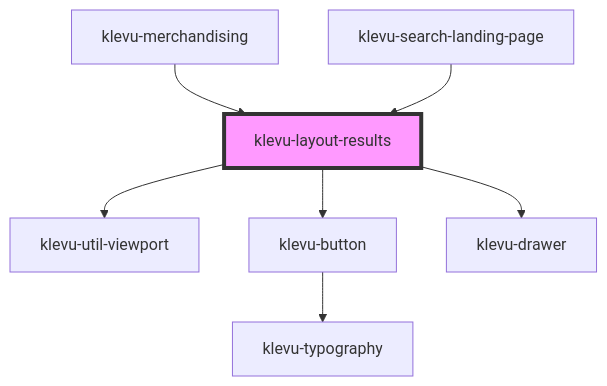
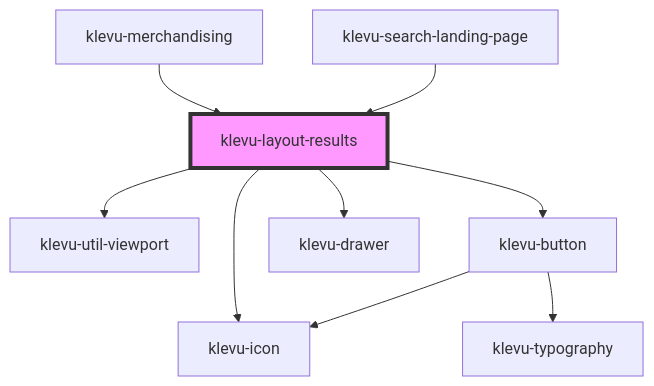
Before and after one commit to klevultd/frontend-sdk: the diagram in packages/klevu-ui/src/components/klevu-layout-results/readme.md, drawn with Mermaid. The commit also changed other lines of this file and 80 other files, not shown here.

Commit message:
Create a klevu-icon component

````diff
--- a/packages/klevu-ui/src/components/klevu-layout-results/readme.md
+++ b/packages/klevu-ui/src/components/klevu-layout-results/readme.md
@@ -56,10 +50,12 @@
 ```mermaid
 graph TD;
   klevu-layout-results --> klevu-util-viewport
   klevu-layout-results --> klevu-button
+  klevu-layout-results --> klevu-icon
   klevu-layout-results --> klevu-drawer
+  klevu-button --> klevu-icon
   klevu-button --> klevu-typography
   klevu-merchandising --> klevu-layout-results
   klevu-search-landing-page --> klevu-layout-results
   style klevu-layout-results fill:#f9f,stroke:#333,stroke-width:4px
 ```
````
